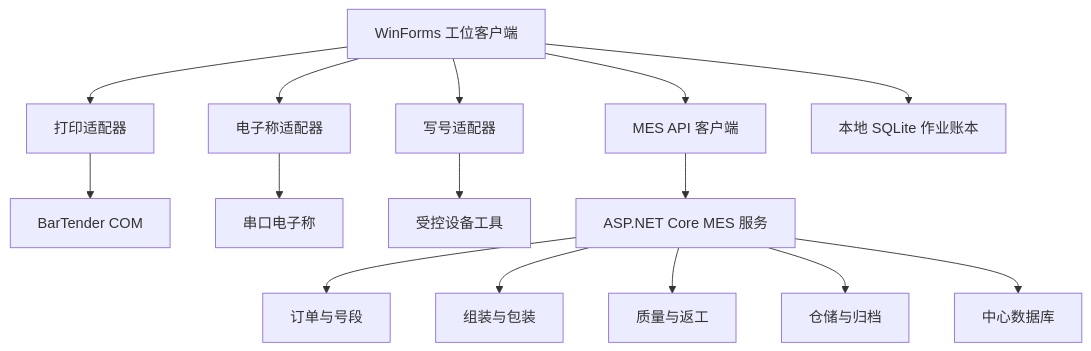
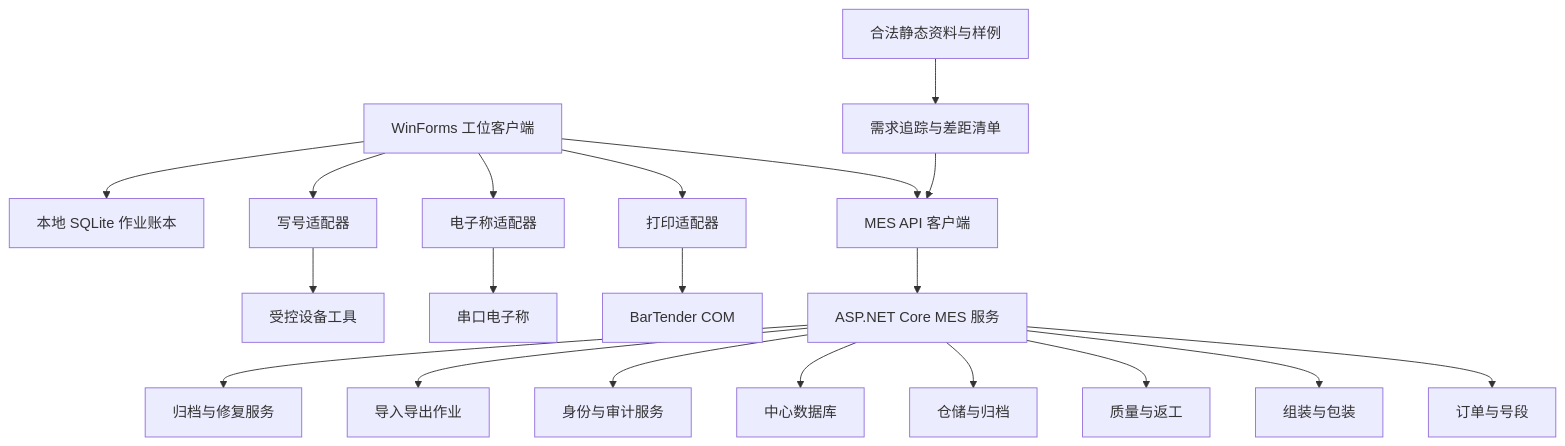
Before and after one commit to tall-1997/Label-Printer: the first of 2 diagrams in .monkeycode/specs/2026-08-15-mes-core-integration/design.md, drawn with Mermaid. The commit also changed other lines of this file and 45 other files, not shown here.

````diff
--- a/.monkeycode/specs/2026-08-15-mes-core-integration/design.md
+++ b/.monkeycode/specs/2026-08-15-mes-core-integration/design.md
@@ -14,17 +14,22 @@
 ```mermaid
 flowchart TD
     A["WinForms 工位客户端"] --> B["MES API 客户端"]
     A --> C["打印适配器"]
     A --> D["电子称适配器"]
     A --> E["写号适配器"]
     C --> F["BarTender COM"]
     D --> G["串口电子称"]
     E --> H["受控设备工具"]
     B --> I["ASP.NET Core MES 服务"]
     I --> J["订单与号段"]
     I --> K["组装与包装"]
     I --> L["质量与返工"]
     I --> M["仓储与归档"]
     I --> N["中心数据库"]
     A --> O["本地 SQLite 作业账本"]
+    I --> P["身份与审计服务"]
+    I --> Q["导入导出作业"]
+    I --> R["归档与修复服务"]
+    S["合法静态资料与样例"] --> T["需求追踪与差距清单"]
+    T --> B
 ```
````
